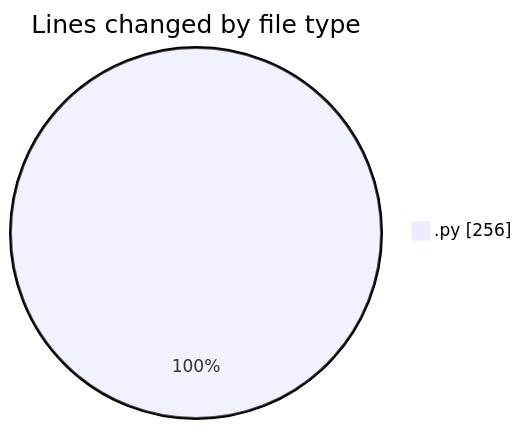
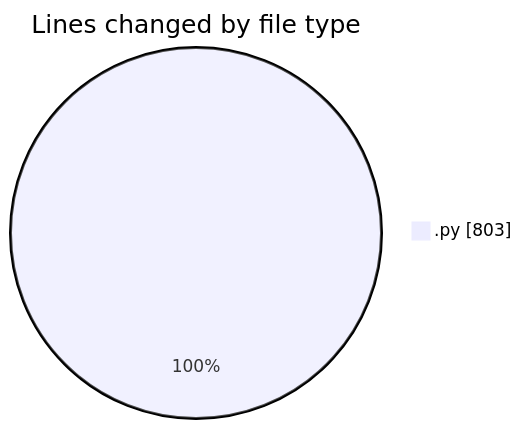
One commit to julien-gomy/code-tracking changed the first of 2 diagrams in 2025-10-23/eventscop-api-guide__workspace_/README.md. Above: the diagram before and after it, drawn with Mermaid. The commit also changed other lines of this file and 1 other file, not shown here.

````diff
--- a/2025-10-23/eventscop-api-guide__workspace_/README.md
+++ b/2025-10-23/eventscop-api-guide__workspace_/README.md
@@ -20,5 +21,5 @@
 ```mermaid
 pie showData
 title Lines changed by file type
-".py" : 256
+".py" : 803
 ```
````
